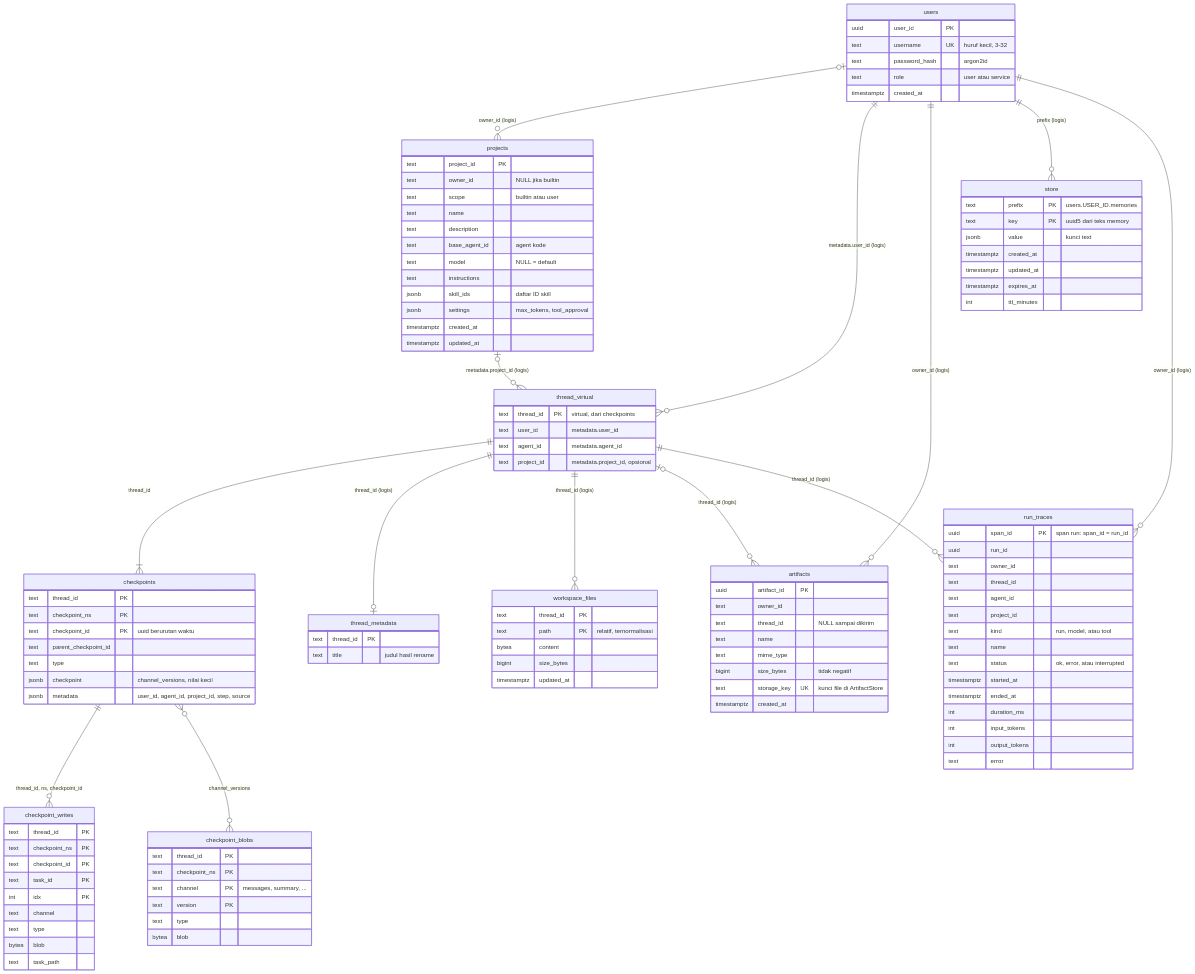
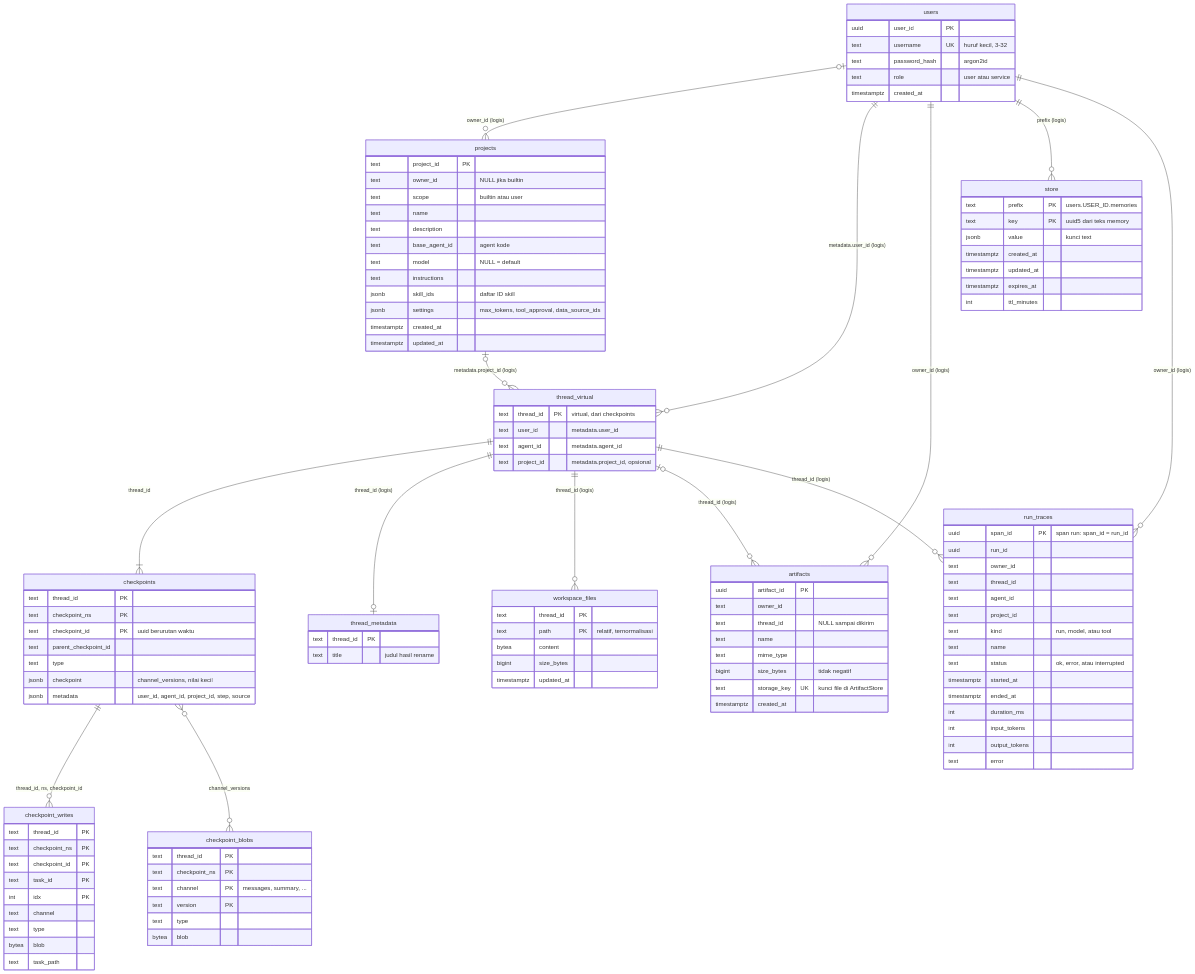
One commit to nurgoni/langgraph-agent changed the first of 2 diagrams in docs/DATA_MODEL.md. Above: the diagram before and after it, drawn with Mermaid. The commit also changed other lines of this file and 7 other files, not shown here.

First line of the commit message:
docs: record F39 data source decisions

```diff
--- a/docs/DATA_MODEL.md
+++ b/docs/DATA_MODEL.md
@@ -55,7 +55,7 @@
         text model "NULL = default"
         text instructions
         jsonb skill_ids "daftar ID skill"
-        jsonb settings "max_tokens, tool_approval"
+        jsonb settings "max_tokens, tool_approval, data_source_ids"
         timestamptz created_at
         timestamptz updated_at
     }
```
